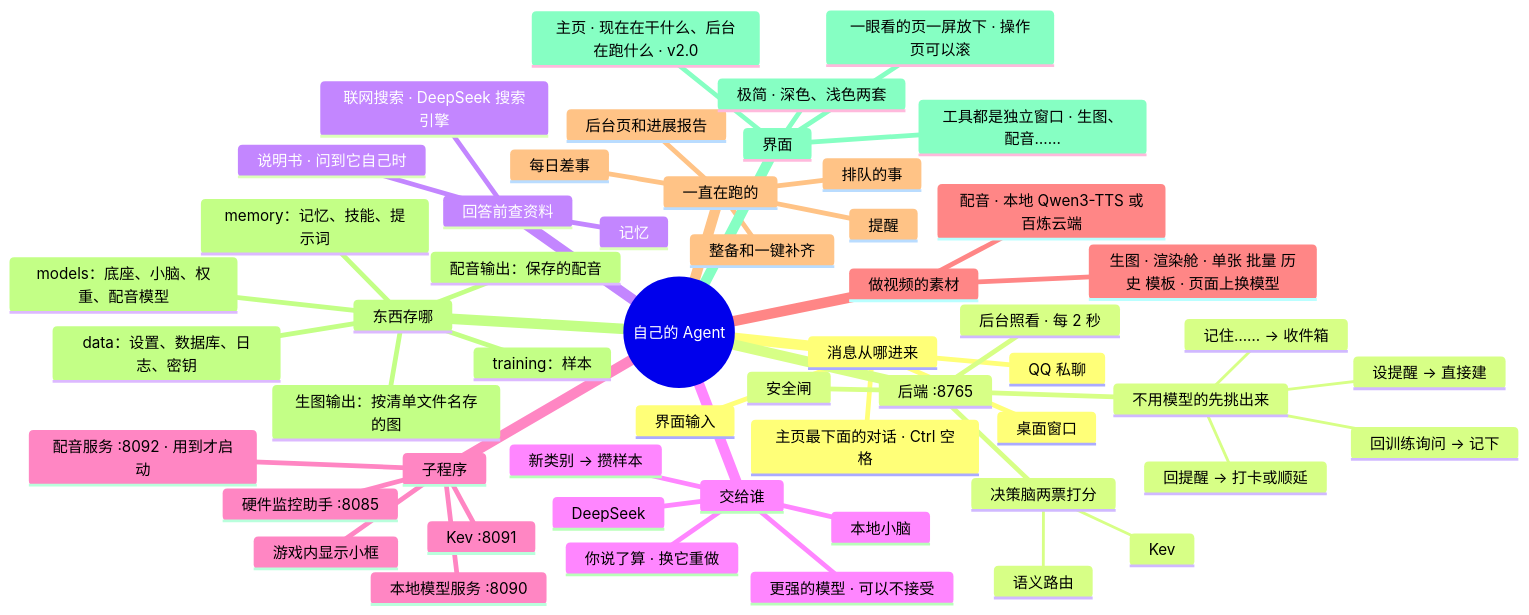
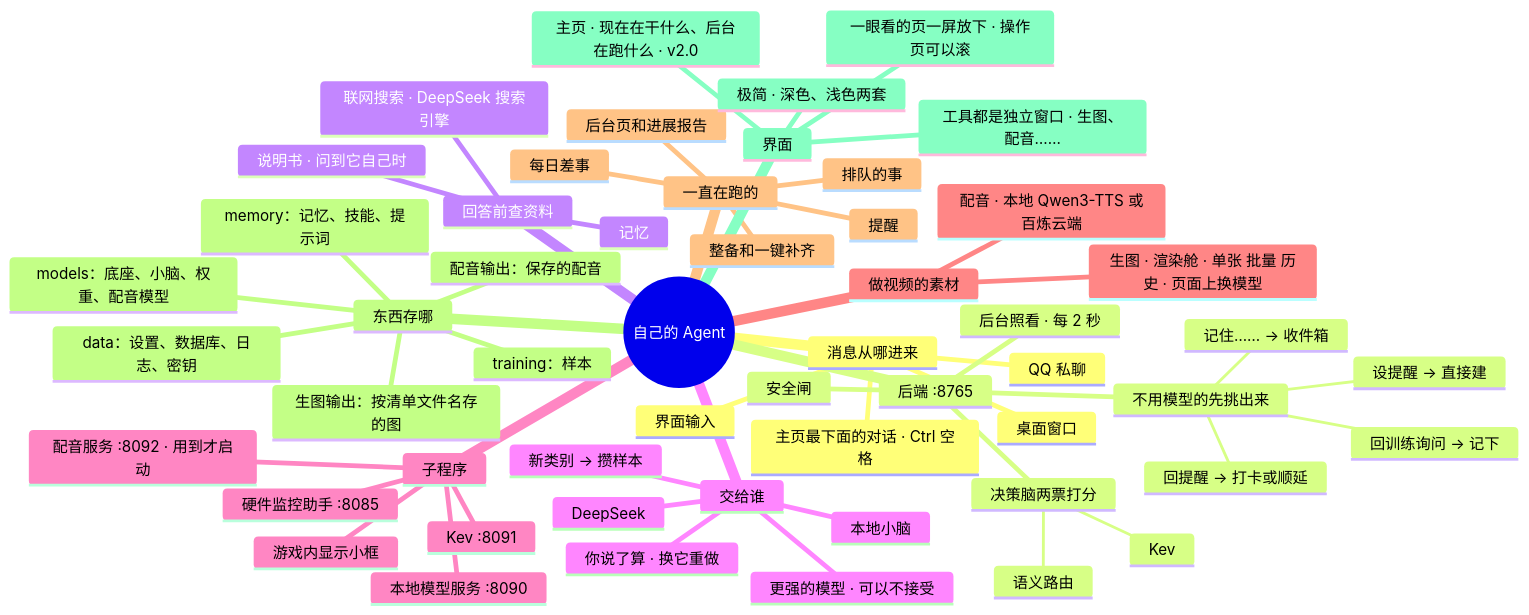
One commit to lql-076/Experiment-Agent-One changed the diagram in docs/AI文档/架构/00-总览.md. Above: the diagram before and after it, drawn with Mermaid. The commit also changed other lines of this file and 40 other files, not shown here.

First line of the commit message:
v2.1 进行中：Agent 自己的工作文件夹（写、改、删先备份、运行程序、备份半年清一次出清单）；生图撤掉角色和模板；四个小修

```diff
--- a/docs/AI文档/架构/00-总览.md
+++ b/docs/AI文档/架构/00-总览.md
@@ -64,7 +64,7 @@
     做视频的素材
       配音 · 本地 Qwen3-TTS 或百炼云端
       :::go-14
-      生图 · 渲染舱 · 单张 批量 历史 模板 · 页面上换模型
+      生图 · 渲染舱 · 单张 批量 历史 · 页面上换模型
       :::go-15
     一直在跑的
       提醒
```
